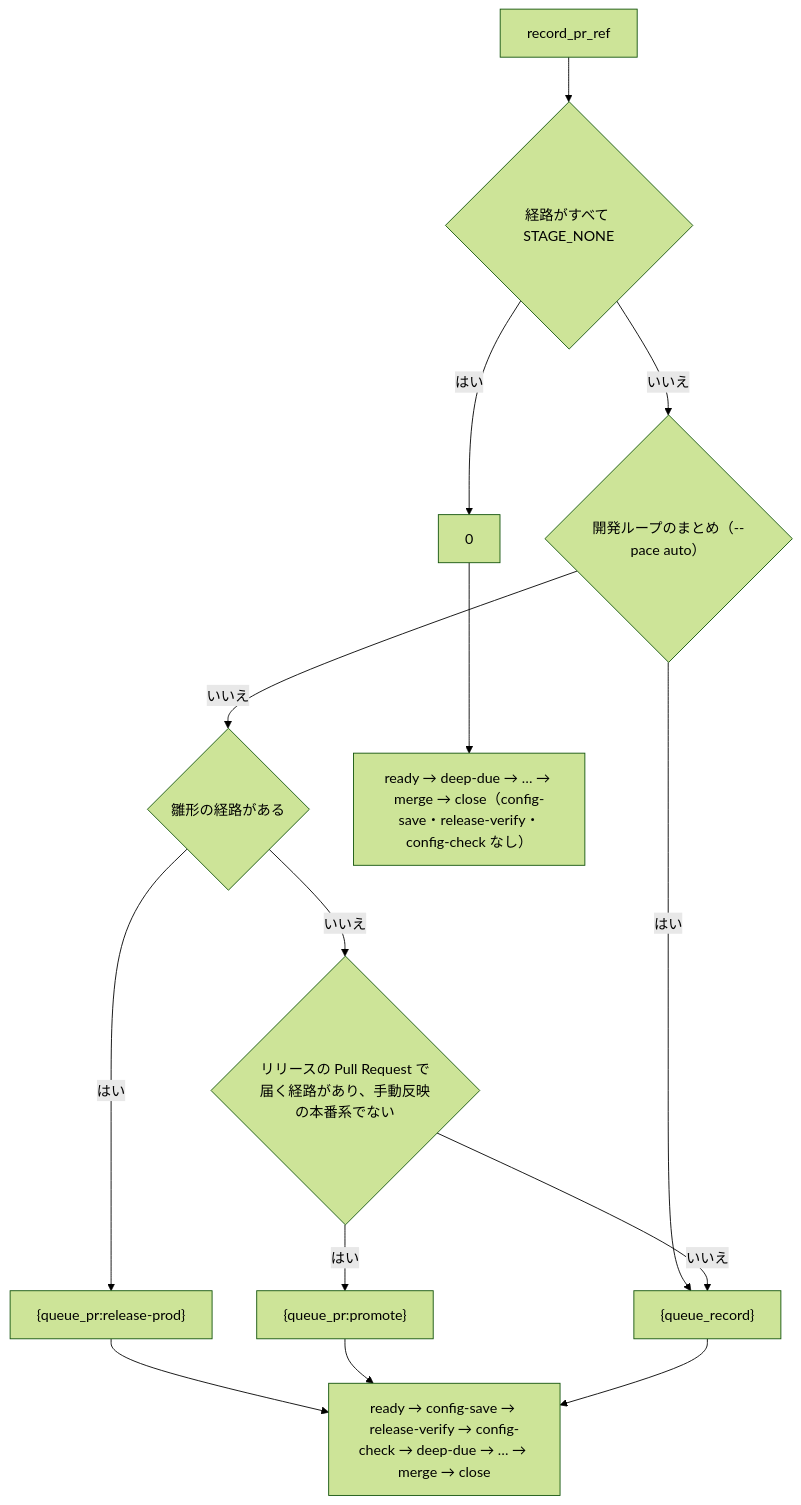
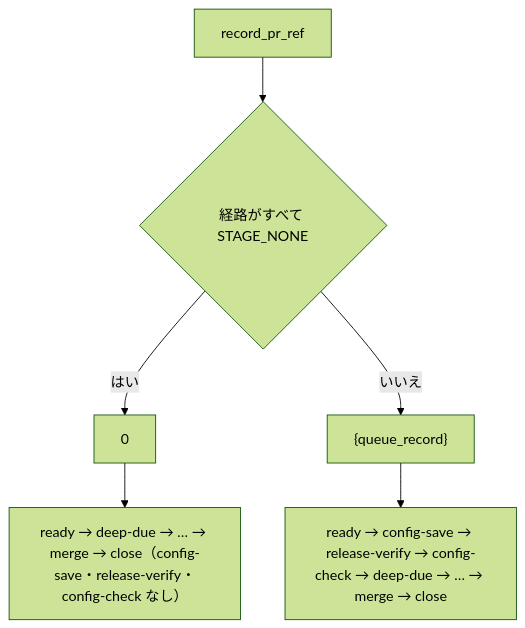
Before and after one commit to devbasex/ai-plugins: the diagram in docs/specifications/ndf-sprint-misjudgments-unknown-record-and-manual-none.md, drawn with Mermaid (forest theme). The commit also changed other lines of this file and 6 other files, not shown here.

````diff
--- a/docs/specifications/ndf-sprint-misjudgments-unknown-record-and-manual-none.md
+++ b/docs/specifications/ndf-sprint-misjudgments-unknown-record-and-manual-none.md
@@ -109,16 +108,8 @@
 ```mermaid
 flowchart TD
   A["record_pr_ref"] --> D{"経路がすべて STAGE_NONE"}
   D -- はい --> Z["0"]
-  D -- いいえ --> L{"開発ループのまとめ（--pace auto）"}
-  L -- はい --> U["{queue_record}"]
-  L -- いいえ --> B{"雛形の経路がある"}
-  B -- はい --> T["{queue_pr:release-prod}"]
-  B -- いいえ --> C{"リリースの Pull Request で届く経路があり、手動反映の本番系でない"}
-  C -- はい --> P["{queue_pr:promote}"]
-  C -- いいえ --> U
-  T --> V["ready → config-save → release-verify → config-check → deep-due → … → merge → close"]
-  P --> V
-  U --> V
+  D -- いいえ --> U["{queue_record}"]
+  U --> V["ready → config-save → release-verify → config-check → deep-due → … → merge → close"]
   Z --> W["ready → deep-due → … → merge → close（config-save・release-verify・config-check なし）"]
 ```
````
